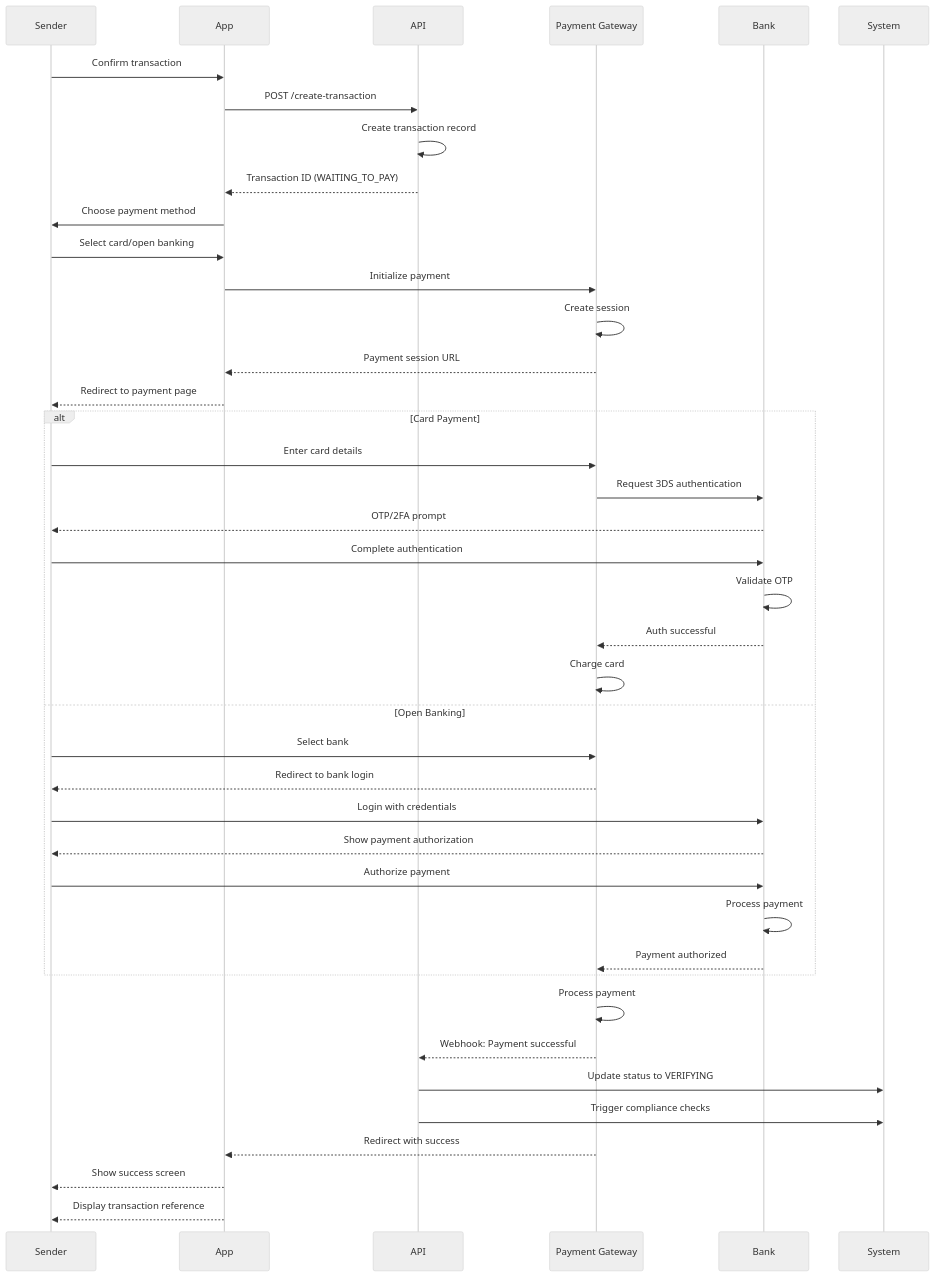
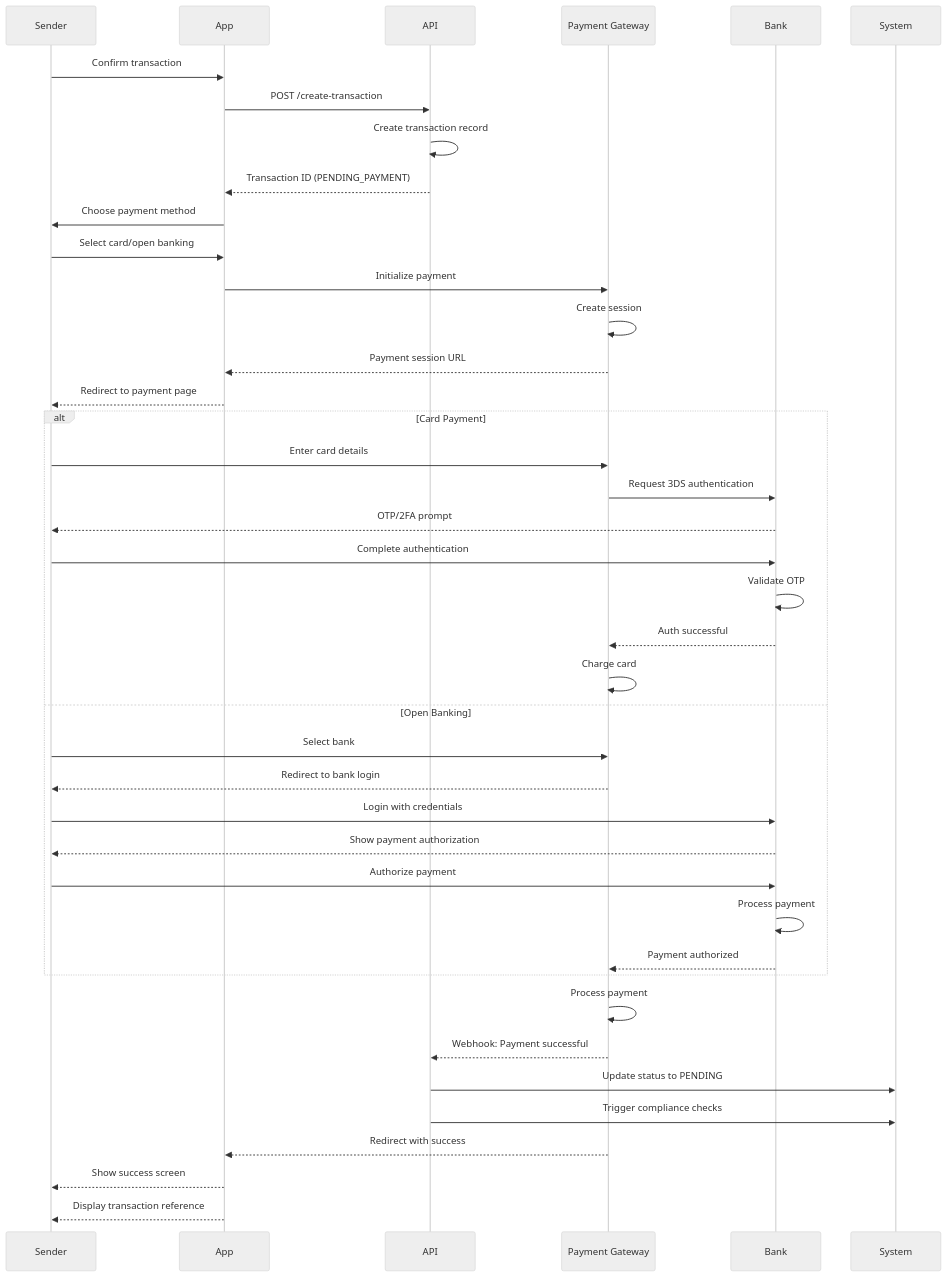
One commit to trillionclues-fincode/docs changed the tenth of 14 diagrams in remittance/process-flows.mdx. Above: the diagram before and after it, drawn with Mermaid (neutral theme). The commit also changed other lines of this file and 9 other files, not shown here.

````diff
--- a/remittance/process-flows.mdx
+++ b/remittance/process-flows.mdx
@@ -752,47 +752,47 @@
 ```mermaid
 sequenceDiagram
     participant Sender
     participant App
     participant API
     participant Payment Gateway
     participant Bank
     participant System
 
     Sender->>App: Confirm transaction
     App->>API: POST /create-transaction
     API->>API: Create transaction record
-    API-->>App: Transaction ID (WAITING_TO_PAY)
+    API-->>App: Transaction ID (PENDING_PAYMENT)
 
     App->>Sender: Choose payment method
     Sender->>App: Select card/open banking
     App->>Payment Gateway: Initialize payment
     Payment Gateway->>Payment Gateway: Create session
     Payment Gateway-->>App: Payment session URL
     App-->>Sender: Redirect to payment page
 
     alt Card Payment
         Sender->>Payment Gateway: Enter card details
         Payment Gateway->>Bank: Request 3DS authentication
         Bank-->>Sender: OTP/2FA prompt
         Sender->>Bank: Complete authentication
         Bank->>Bank: Validate OTP
         Bank-->>Payment Gateway: Auth successful
         Payment Gateway->>Payment Gateway: Charge card
     else Open Banking
         Sender->>Payment Gateway: Select bank
         Payment Gateway-->>Sender: Redirect to bank login
         Sender->>Bank: Login with credentials
         Bank-->>Sender: Show payment authorization
         Sender->>Bank: Authorize payment
         Bank->>Bank: Process payment
         Bank-->>Payment Gateway: Payment authorized
     end
 
     Payment Gateway->>Payment Gateway: Process payment
     Payment Gateway-->>API: Webhook: Payment successful
-    API->>System: Update status to VERIFYING
+    API->>System: Update status to PENDING
     API->>System: Trigger compliance checks
     Payment Gateway-->>App: Redirect with success
     App-->>Sender: Show success screen
     App-->>Sender: Display transaction reference
 ```
````
